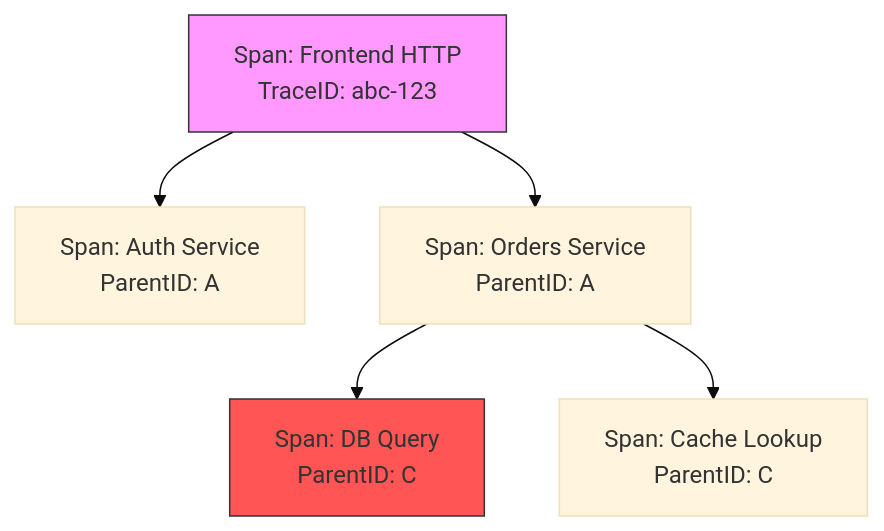
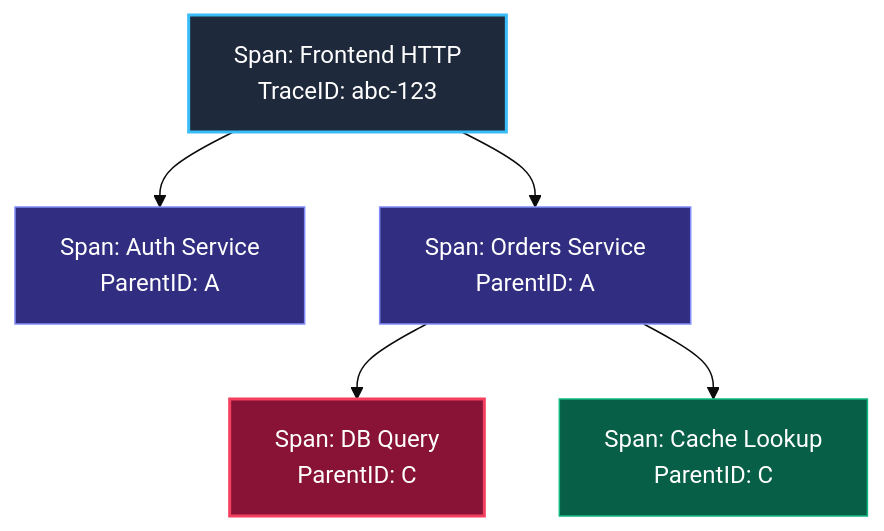
One commit to UnrealTemplier/go-textbook changed the diagram in sources/18. Observability (Мониторинг и наблюдаемость)/04. Трейсинг/1. Distributed tracing.md. Above: the diagram before and after it, drawn with Mermaid (base theme). The commit also changed other lines of this file, not shown here.

````diff
--- a/sources/18. Observability (Мониторинг и наблюдаемость)/04. Трейсинг/1. Distributed tracing.md
+++ b/sources/18. Observability (Мониторинг и наблюдаемость)/04. Трейсинг/1. Distributed tracing.md
@@ -28,11 +30,14 @@
 ```mermaid
 flowchart TD
     A["Span: Frontend HTTP<br>TraceID: abc-123"]
     A --> B["Span: Auth Service<br>ParentID: A"]
     A --> C["Span: Orders Service<br>ParentID: A"]
     C --> D["Span: DB Query<br>ParentID: C"]
     C --> E["Span: Cache Lookup<br>ParentID: C"]
     
-    style A fill:#f9f,stroke:#333
-    style D fill:#f55,stroke:#333
+    style A fill:#1e293b,stroke:#38bdf8,stroke-width:2px,color:#fff
+    style B fill:#312e81,stroke:#818cf8,color:#fff
+    style C fill:#312e81,stroke:#818cf8,color:#fff
+    style D fill:#881337,stroke:#f43f5e,stroke-width:2px,color:#fff
+    style E fill:#065f46,stroke:#10b981,color:#fff
 ```
````
